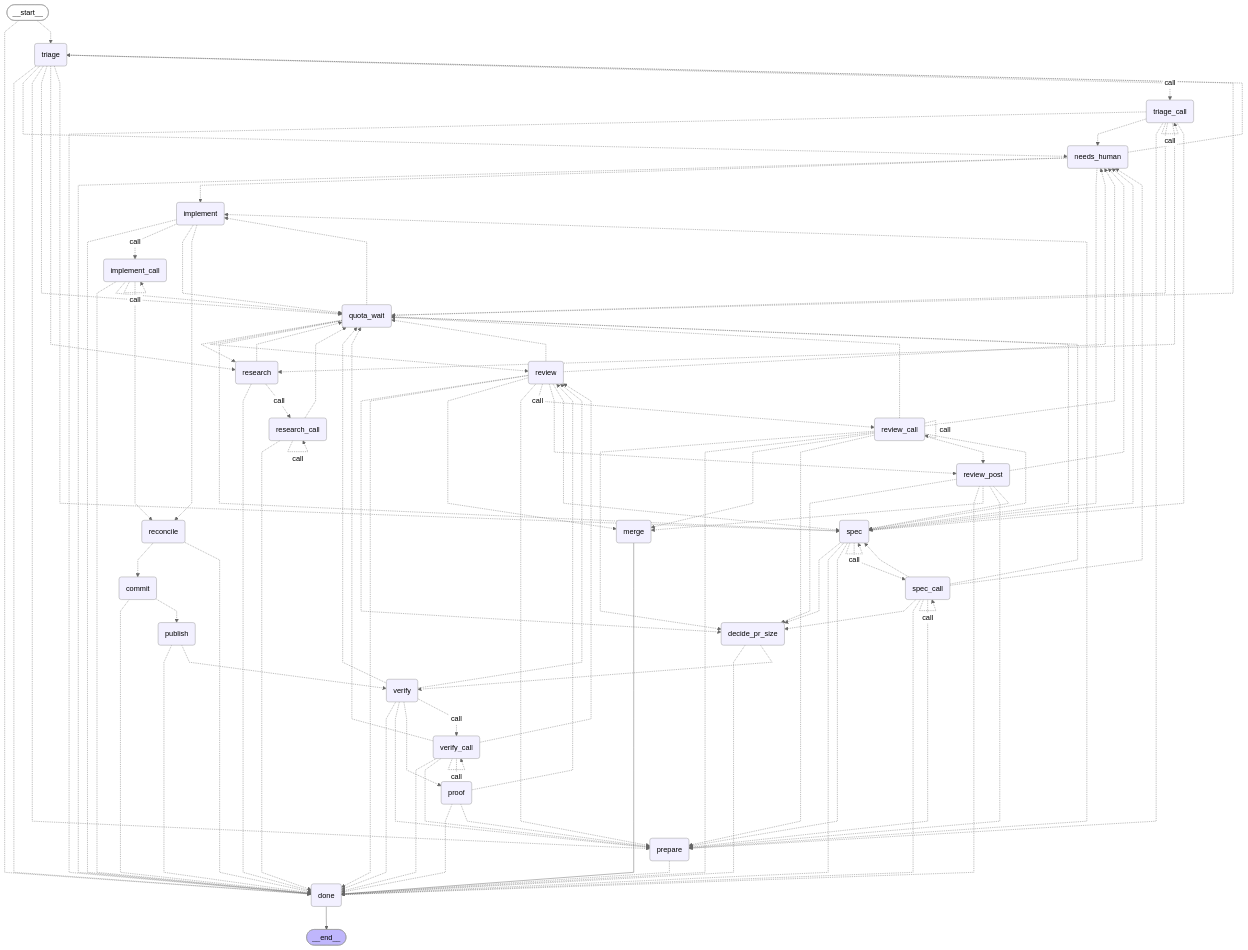
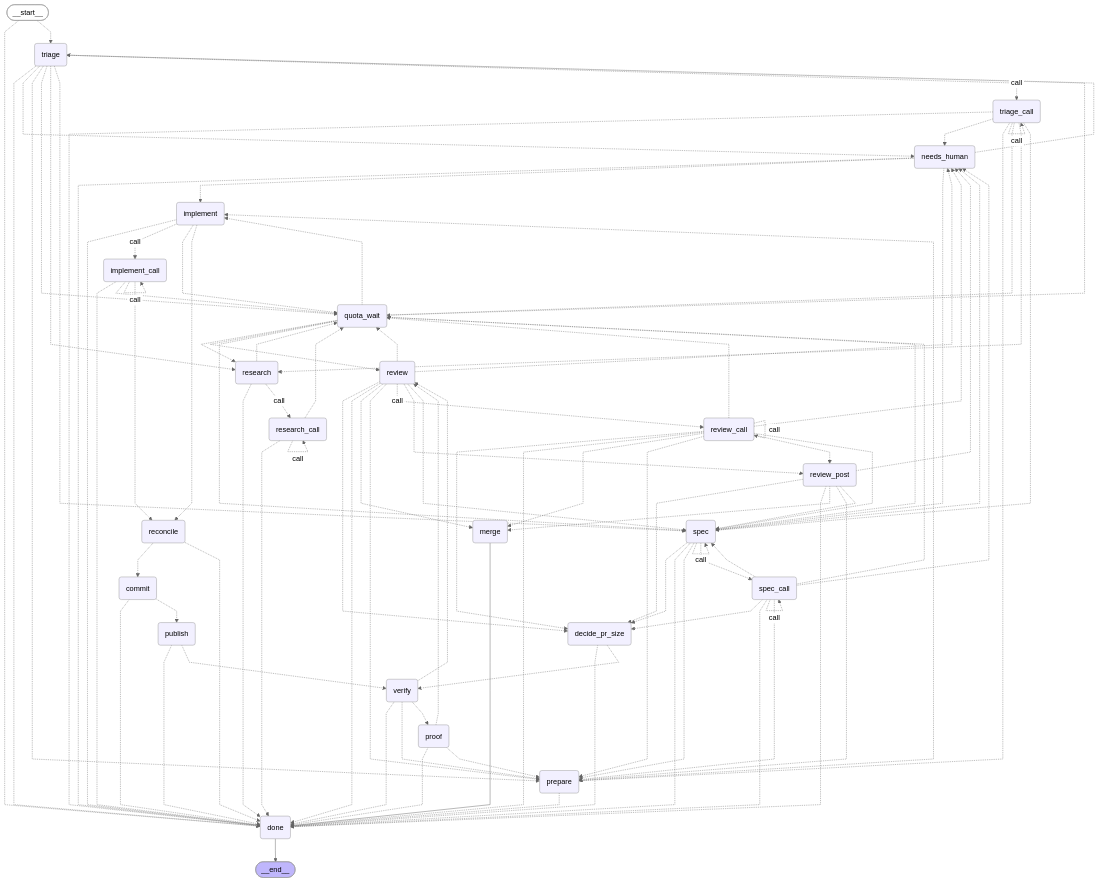
One commit to bookout-labs/tools changed the third of 3 diagrams in README.md. Above: the diagram before and after it, drawn with Mermaid (neutral theme). The commit also changed 10 other files, not shown here.

```diff
--- a/README.md
+++ b/README.md
@@ -83,7 +83,6 @@
 	implement(implement)
 	implement_call(implement_call)
 	verify(verify)
-	verify_call(verify_call)
 	review(review)
 	review_call(review_call)
 	prepare(prepare)
@@ -186,14 +185,7 @@
 	verify -.-> done;
 	verify -.-> prepare;
 	verify -.-> proof;
-	verify -.-> quota_wait;
 	verify -.-> review;
-	verify -. &nbsp;call&nbsp; .-> verify_call;
-	verify_call -.-> done;
-	verify_call -.-> prepare;
-	verify_call -.-> proof;
-	verify_call -.-> quota_wait;
-	verify_call -.-> review;
 	done --> __end__;
 	implement_call -. &nbsp;call&nbsp; .-> implement_call;
 	research_call -. &nbsp;call&nbsp; .-> research_call;
@@ -201,7 +193,6 @@
 	spec -.-> spec;
 	spec_call -. &nbsp;call&nbsp; .-> spec_call;
 	triage_call -. &nbsp;call&nbsp; .-> triage_call;
-	verify_call -. &nbsp;call&nbsp; .-> verify_call;
 	classDef default fill:#f2f0ff,line-height:1.2
 	classDef first fill-opacity:0
 	classDef last fill:#bfb6fc
```
